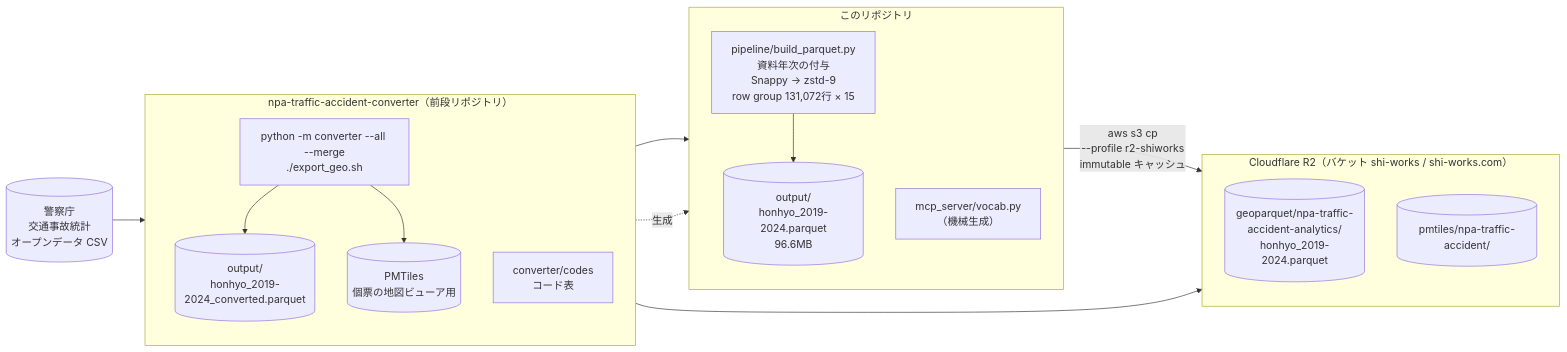
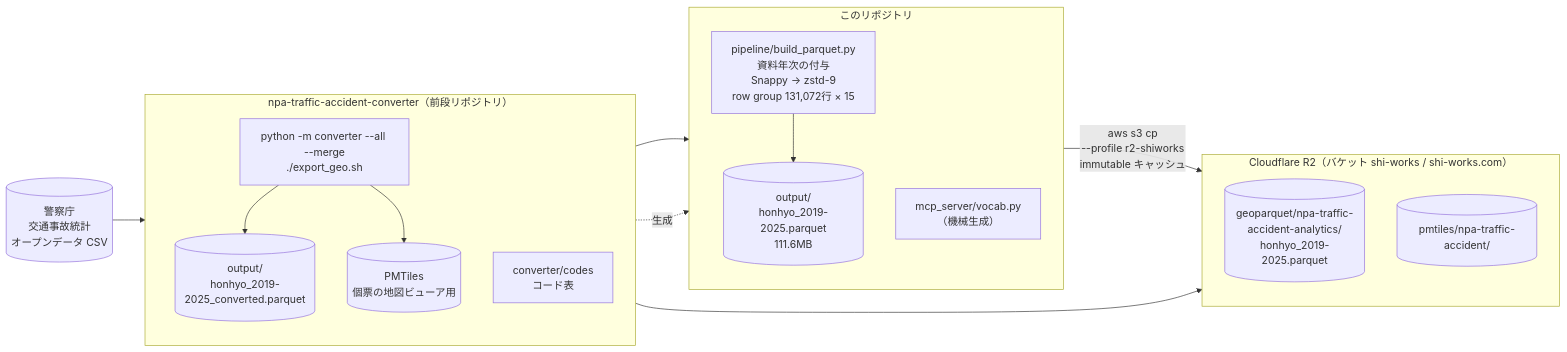
One commit to shiwaku/npa-traffic-accident-analytics changed the third of 3 diagrams in docs/ARCHITECTURE.md. Above: the diagram before and after it, drawn with Mermaid. The commit also changed other lines of this file and 14 other files, not shown here.

````diff
--- a/docs/ARCHITECTURE.md
+++ b/docs/ARCHITECTURE.md
@@ -129,34 +129,34 @@
 ```mermaid
 flowchart LR
     npa[("警察庁<br/>交通事故統計<br/>オープンデータ CSV")]
 
     subgraph conv["npa-traffic-accident-converter（前段リポジトリ）"]
         direction TB
         c1["python -m converter --all --merge<br/>./export_geo.sh"]
         codes["converter/codes<br/>コード表"]
-        c2[("output/<br/>honhyo_2019-2024_converted.parquet")]
+        c2[("output/<br/>honhyo_2019-2025_converted.parquet")]
         pm[("PMTiles<br/>個票の地図ビューア用")]
         c1 --> c2
         c1 --> pm
     end
 
     subgraph this["このリポジトリ"]
         direction TB
         b["pipeline/build_parquet.py<br/>資料年次の付与<br/>Snappy → zstd-9<br/>row group 131,072行 × 15"]
-        out[("output/<br/>honhyo_2019-2024.parquet<br/>96.6MB")]
+        out[("output/<br/>honhyo_2019-2025.parquet<br/>111.6MB")]
         vocab["mcp_server/vocab.py<br/>（機械生成）"]
         b --> out
     end
 
     subgraph r2["Cloudflare R2（バケット shi-works / shi-works.com）"]
         direction TB
-        gp[("geoparquet/npa-traffic-accident-analytics/<br/>honhyo_2019-2024.parquet")]
+        gp[("geoparquet/npa-traffic-accident-analytics/<br/>honhyo_2019-2025.parquet")]
         pmr[("pmtiles/npa-traffic-accident/")]
     end
 
     npa --> c1
     c2 --> b
     codes -. "生成" .-> vocab
     out -- "aws s3 cp<br/>--profile r2-shiworks<br/>immutable キャッシュ" --> gp
     pm --> pmr
 ```
````
